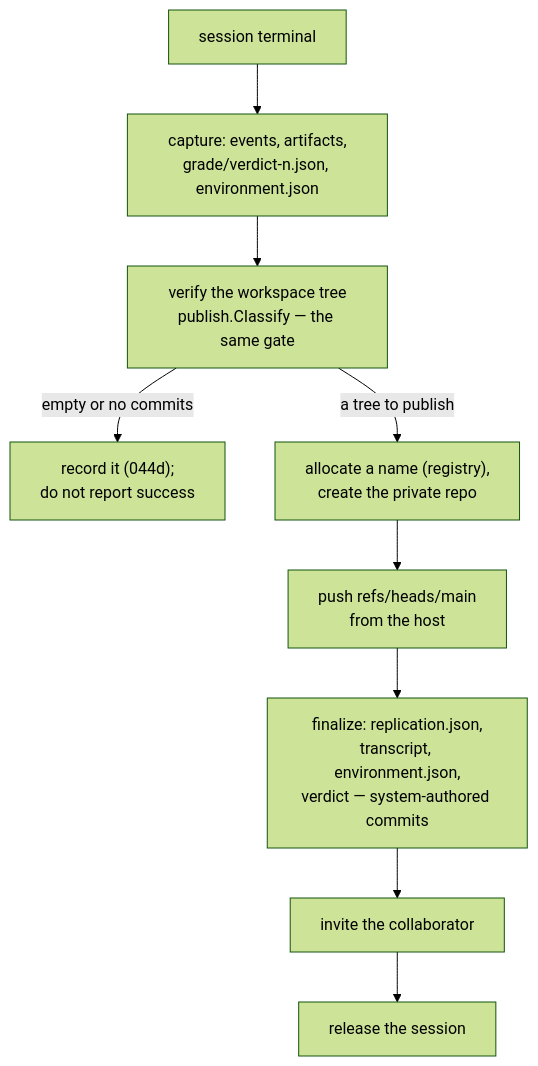
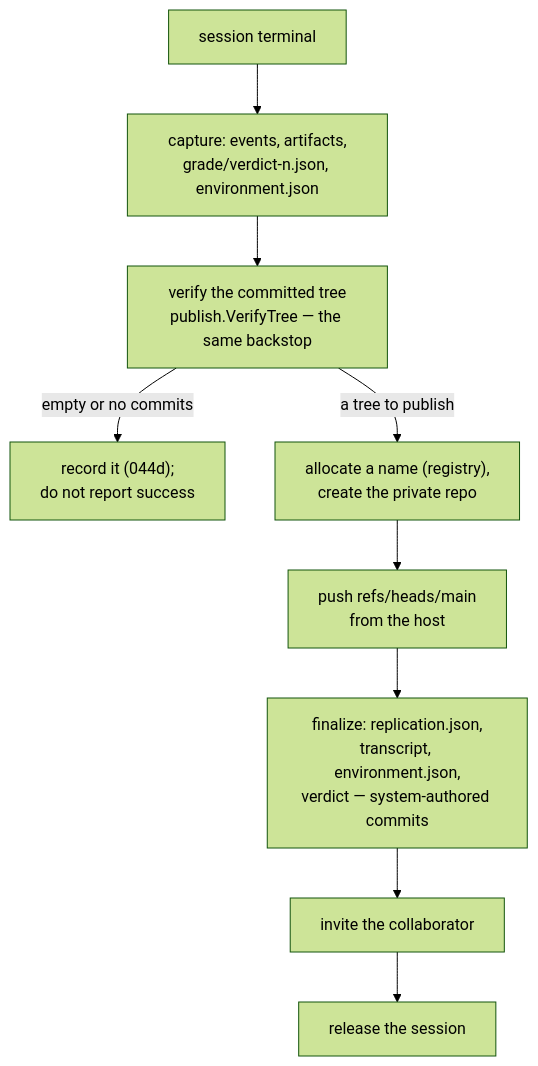
One commit to latere-ai/replichai changed the diagram in specs/045g-the-host-pushes.md. Above: the diagram before and after it, drawn with Mermaid (forest theme). The commit also changed other lines of this file and 4 other files, not shown here.

````diff
--- a/specs/045g-the-host-pushes.md
+++ b/specs/045g-the-host-pushes.md
@@ -43,11 +52,11 @@
 ```mermaid
 flowchart TB
   T["session terminal"] --> C["capture: events, artifacts,<br/>grade/verdict-n.json, environment.json"]
-  C --> V["verify the workspace tree<br/>publish.Classify — the same gate"]
+  C --> V["verify the committed tree<br/>publish.VerifyTree — the same backstop"]
   V -->|"empty or no commits"| E["record it (044d);<br/>do not report success"]
   V -->|"a tree to publish"| N["allocate a name (registry),<br/>create the private repo"]
   N --> P["push refs/heads/main<br/>from the host"]
   P --> F["finalize: replication.json,<br/>transcript, environment.json,<br/>verdict — system-authored commits"]
   F --> I["invite the collaborator"]
   I --> R["release the session"]
 ```
````
